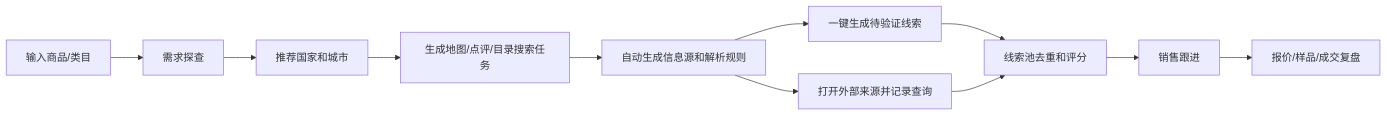
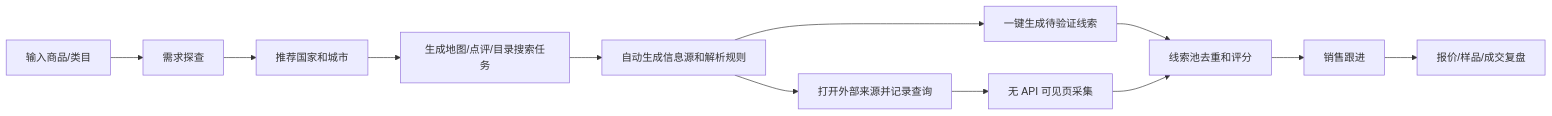
Before and after one commit to LeeTimeTrue1999/globaltrade-autopilot: the diagram in docs/B2B_LEAD_GENERATION_PLAN.md, drawn with Mermaid. The commit also changed other lines of this file and 4 other files, not shown here.

Commit message:
Add no-API browser capture flow

````diff
--- a/docs/B2B_LEAD_GENERATION_PLAN.md
+++ b/docs/B2B_LEAD_GENERATION_PLAN.md
@@ -20,13 +21,14 @@
 ```mermaid
 flowchart LR
   A["输入商品/类目"] --> B["需求探查"]
   B --> C["推荐国家和城市"]
   C --> D["生成地图/点评/目录搜索任务"]
   D --> E["自动生成信息源和解析规则"]
   E --> F["一键生成待验证线索"]
   E --> G["打开外部来源并记录查询"]
-  F --> H["线索池去重和评分"]
-  G --> H
-  H --> I["销售跟进"]
-  I --> J["报价/样品/成交复盘"]
+  G --> H["无 API 可见页采集"]
+  F --> I["线索池去重和评分"]
+  H --> I
+  I --> J["销售跟进"]
+  J --> K["报价/样品/成交复盘"]
 ```
````
